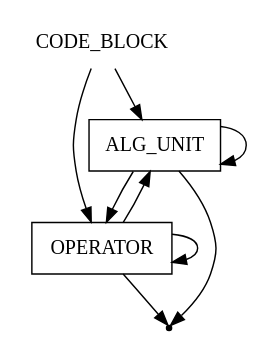
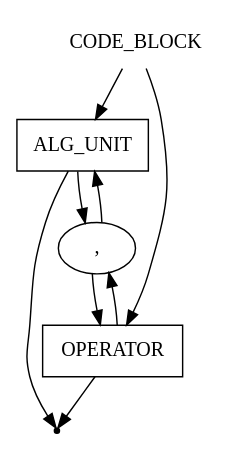
The diagram in src/PSADParser/grammar/code_block.gv (IMZolin/PSAD), drawn with Graphviz before and after one commit. The commit also changed 9 other files, not shown here.

```diff
--- a/src/PSADParser/grammar/code_block.gv
+++ b/src/PSADParser/grammar/code_block.gv
@@ -1,15 +1,16 @@
 digraph CODE_BLOCK {
     start [label=CODE_BLOCK shape=plaintext]
     alg_unit [label=ALG_UNIT shape=box]
     operator [label=OPERATOR shape=box]
     end [label="" shape=point]
+    comma [label="," shape=oval]
 
     start -> alg_unit
     start -> operator
-    alg_unit -> alg_unit
-    alg_unit -> operator
-    operator -> operator
-    operator -> alg_unit
+    alg_unit -> comma
+    comma -> alg_unit
+    comma -> operator
+    operator -> comma
     alg_unit -> end
     operator -> end
 }
```
